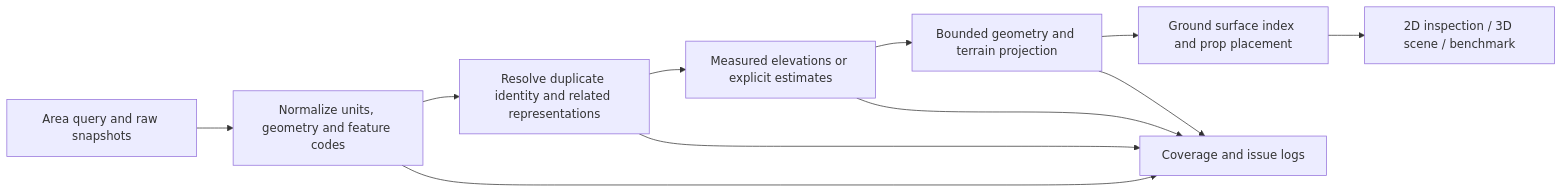
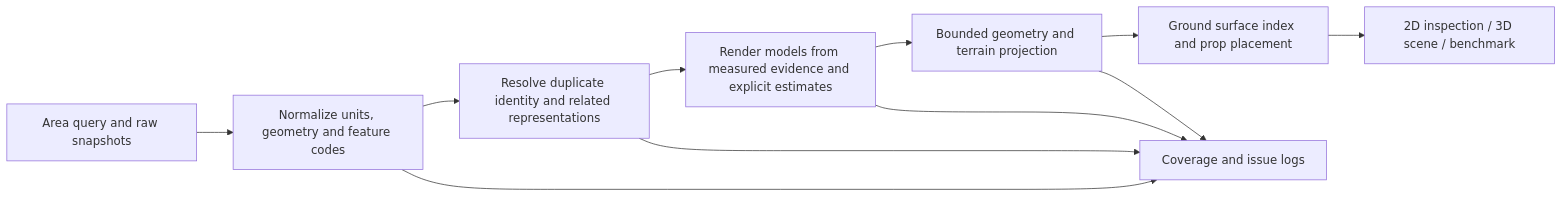
Before and after one commit to eredko1/zavod: the diagram in qa/map-lab/docs/INFRASTRUCTURE.md, drawn with Mermaid. The commit also changed other lines of this file and 207 other files, not shown here.

First line of the commit message:
Collect map sources and separate merge from render estimates

````diff
--- a/qa/map-lab/docs/INFRASTRUCTURE.md
+++ b/qa/map-lab/docs/INFRASTRUCTURE.md
@@ -5,13 +5,13 @@
 ```mermaid
 flowchart LR
   A[Area query and raw snapshots] --> B[Normalize units, geometry and feature codes]
   B --> C[Resolve duplicate identity and related representations]
-  C --> D[Measured elevations or explicit estimates]
+  C --> D[Render models from measured evidence and explicit estimates]
   D --> E[Bounded geometry and terrain projection]
   E --> F[Ground surface index and prop placement]
   F --> G[2D inspection / 3D scene / benchmark]
   B --> H[Coverage and issue logs]
   C --> H
   D --> H
   E --> H
 ```
````
